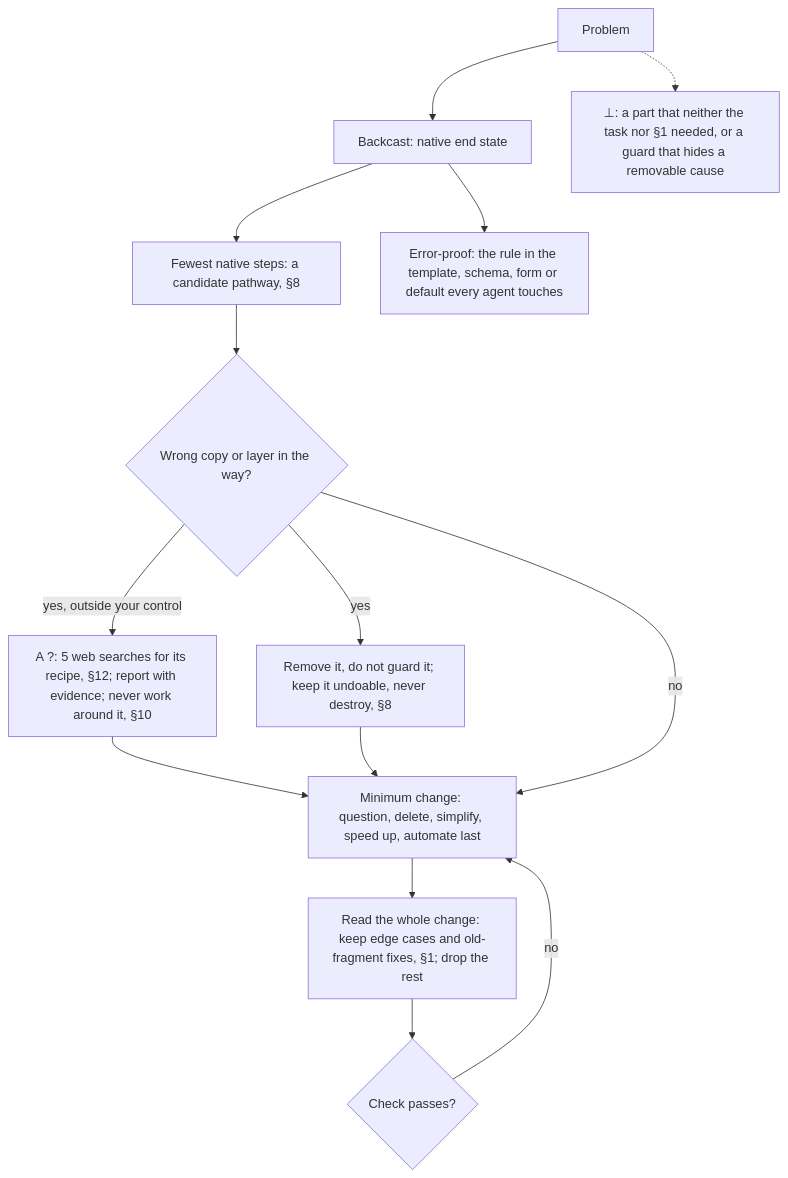
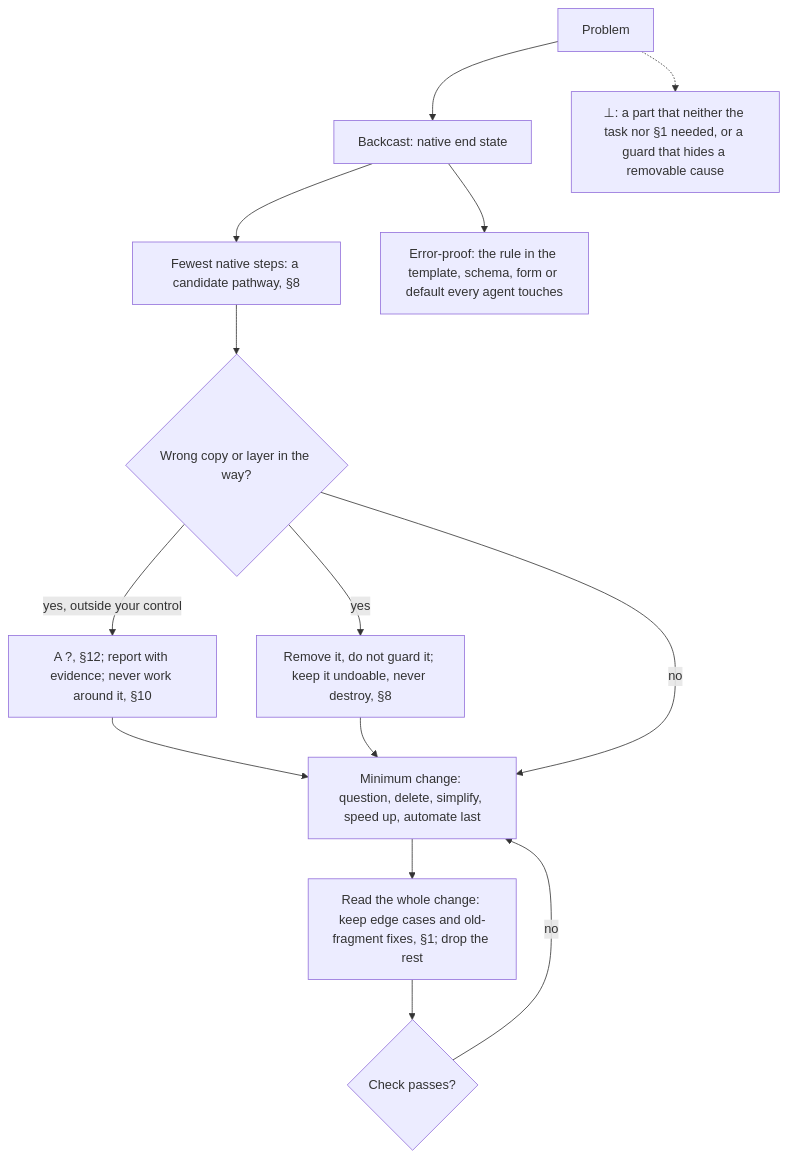
The tenth of 14 diagrams in AGENTS.md (SolenixAI/arbiter), drawn with Mermaid before and after one commit. The commit also changed other lines of this file and 1 other file, not shown here.

````diff
--- a/AGENTS.md
+++ b/AGENTS.md
@@ -474,11 +480,11 @@
 ```mermaid
 flowchart TD
   P[Problem] --> E["Backcast: native end state"] --> N["Fewest native steps: a candidate pathway, §8"]
   E --> RB["Error-proof: the rule in the template, schema, form or default every agent touches"]
   N --> W{Wrong copy or layer in the way?}
-  W -->|yes, outside your control| TU["A ?: 5 web searches for its recipe, §12; report with evidence; never work around it, §10"] --> M
+  W -->|yes, outside your control| TU["A ?, §12; report with evidence; never work around it, §10"] --> M
   W -->|yes| X["Remove it, do not guard it; keep it undoable, never destroy, §8"] --> M
   W -->|no| M["Minimum change: question, delete, simplify, speed up, automate last"] --> D["Read the whole change: keep edge cases and old-fragment fixes, §1; drop the rest"] --> C{Check passes?}
   C -->|no| M
   P -.-> BOT["⊥: a part that neither the task nor §1 needed, or a guard that hides a removable cause"]
 ```
````
